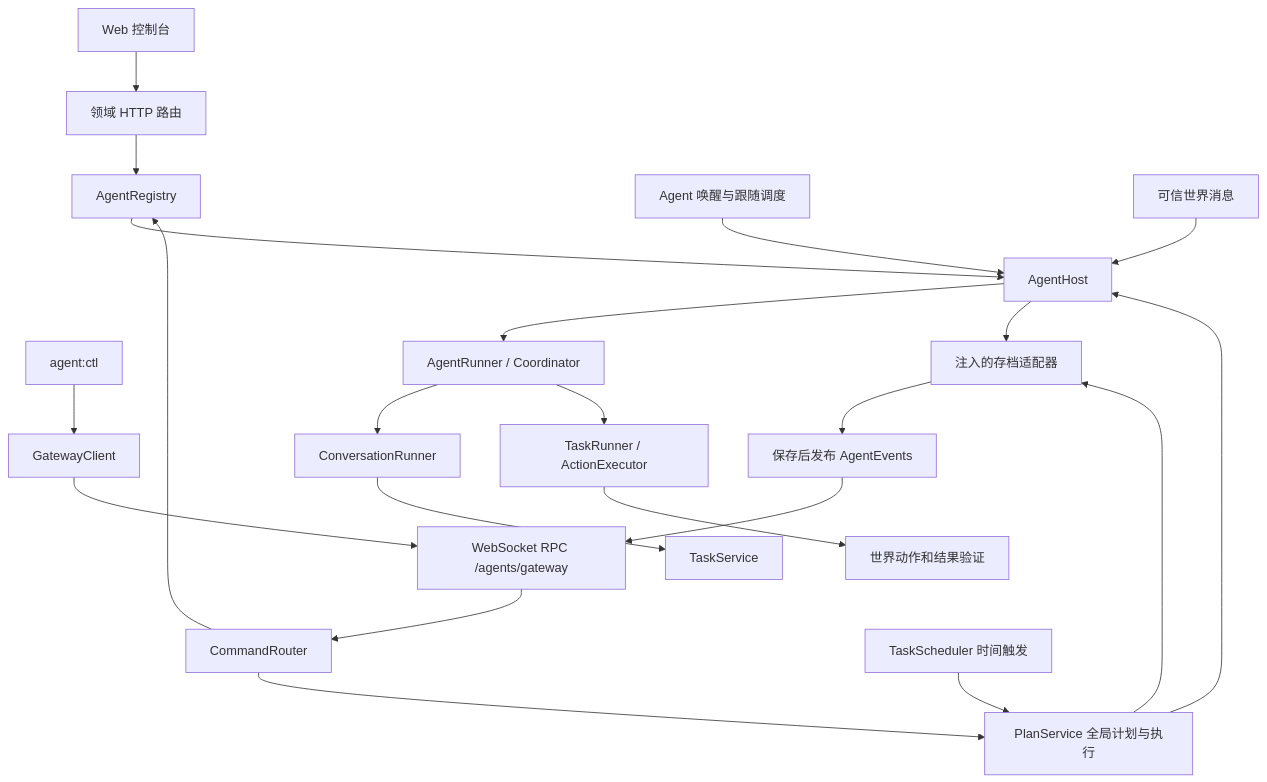
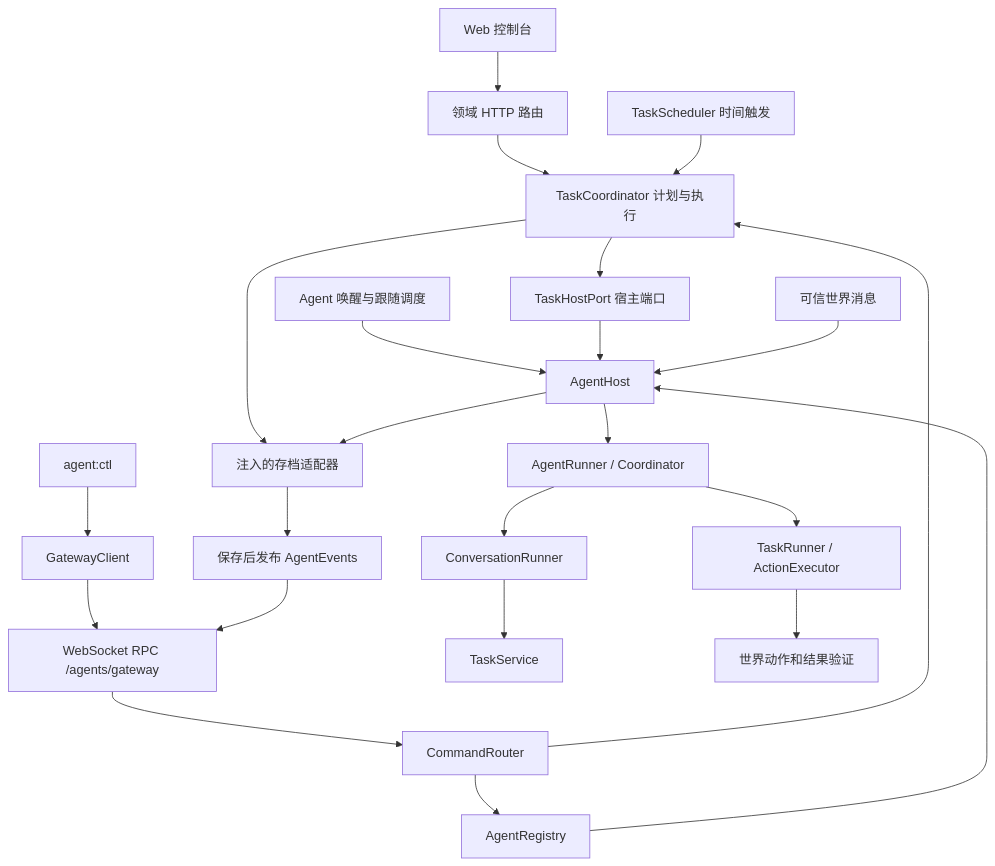
The diagram in docs/AGENT_GATEWAY.md (lulabs-org/agent-voxel-world), drawn with Mermaid before and after one commit. The commit also changed other lines of this file and 33 other files, not shown here.

````diff
--- a/docs/AGENT_GATEWAY.md
+++ b/docs/AGENT_GATEWAY.md
@@ -5,24 +5,25 @@
 ```mermaid
 flowchart TD
   Web[Web 控制台] --> HTTP[领域 HTTP 路由]
   CLI[agent:ctl] --> Client[GatewayClient]
   Client --> RPC[WebSocket RPC /agents/gateway]
-  HTTP --> Registry
+  HTTP --> Plans
   RPC --> Router[CommandRouter]
   Router --> Registry[AgentRegistry]
   Scheduler[Agent 唤醒与跟随调度] --> Host[AgentHost]
-  Router --> Plans[PlanService 全局计划与执行]
+  Router --> Plans[TaskCoordinator 计划与执行]
+  Plans --> Port[TaskHostPort 宿主端口]
+  Port --> Host
   Timer[TaskScheduler 时间触发] --> Plans
-  Plans --> Host
   Plans --> Archive
   Registry --> Host
   Host --> Runner[AgentRunner / Coordinator]
   Player[可信世界消息] --> Host
   Runner --> Conversation[ConversationRunner]
   Runner --> Task[TaskRunner / ActionExecutor]
   Conversation --> Rules[TaskService]
   Task --> World[世界动作和结果验证]
   Host --> Archive[注入的存档适配器]
   Archive --> Events[保存后发布 AgentEvents]
   Events --> RPC
 ```
````
